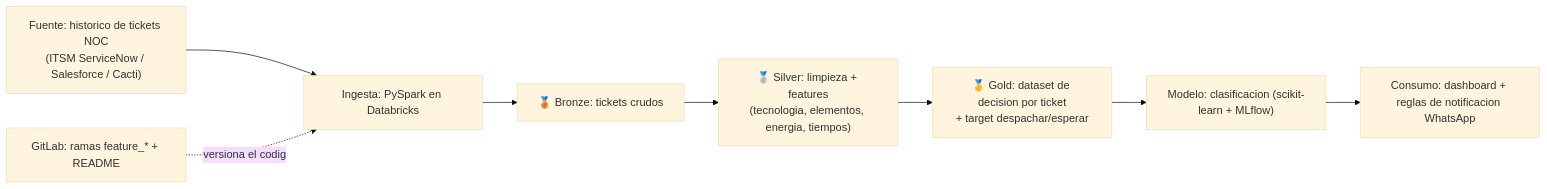
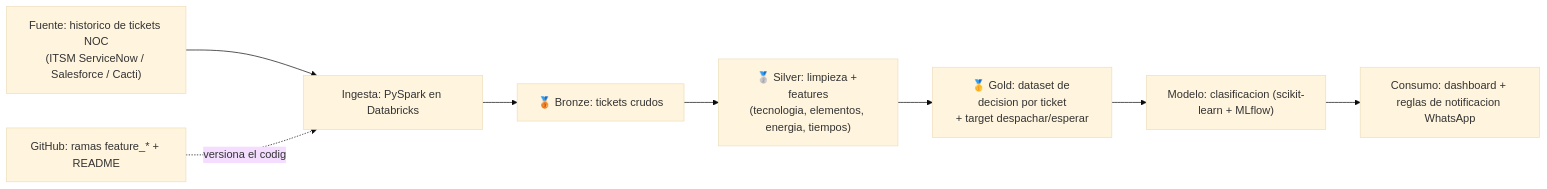
One commit to juliomario11/agentes_ingesta_telecomunicaciones changed the diagram in README.md. Above: the diagram before and after it, drawn with Mermaid (base theme). The commit also changed other lines of this file and 2 other files, not shown here.

First line of the commit message:
docs: README apunta a GitHub (Entrega_BIGDATA), estado de componentes con enlaces y autor Mario Daniel Enrique Perez Jimenez

````diff
--- a/README.md
+++ b/README.md
@@ -37,10 +39,10 @@
 ```mermaid
 flowchart LR
     A["Fuente: historico de tickets NOC\n(ITSM ServiceNow / Salesforce / Cacti)"] --> B["Ingesta: PySpark en Databricks"]
     B --> C1["🥉 Bronze: tickets crudos"]
     C1 --> C2["🥈 Silver: limpieza + features\n(tecnologia, elementos, energia, tiempos)"]
     C2 --> C3["🥇 Gold: dataset de decision por ticket\n+ target despachar/esperar"]
     C3 --> D["Modelo: clasificacion (scikit-learn + MLflow)"]
     D --> E["Consumo: dashboard + reglas de notificacion WhatsApp"]
-    G["GitLab: ramas feature_* + README"] -.versiona el codigo.-> B
+    G["GitHub: ramas feature_* + README"] -.versiona el codigo.-> B
 ```
````
